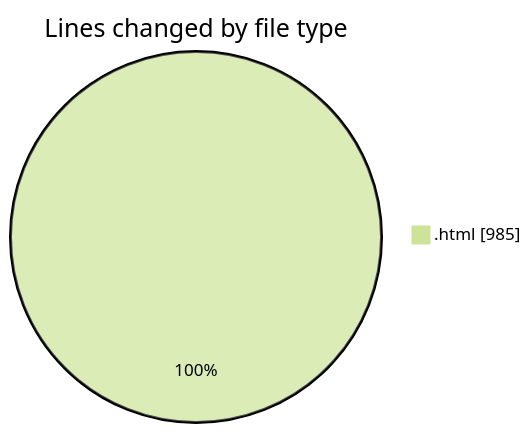
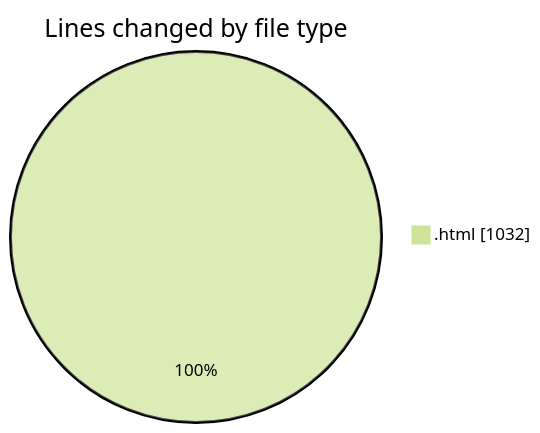
One commit to vahidmafi/code-tracking changed the first of 2 diagrams in 2025-04-17/horizon/README.md. Above: the diagram before and after it, drawn with Mermaid (forest theme). The commit also changed other lines of this file and 1 other file, not shown here.

````diff
--- a/2025-04-17/horizon/README.md
+++ b/2025-04-17/horizon/README.md
@@ -21,5 +21,5 @@
 ```mermaid
 pie showData
 title Lines changed by file type
-".html" : 985
+".html" : 1032
 ```
````
